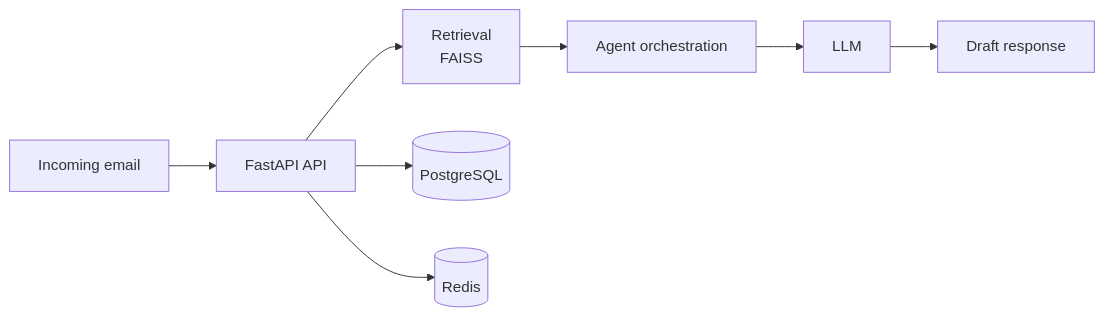
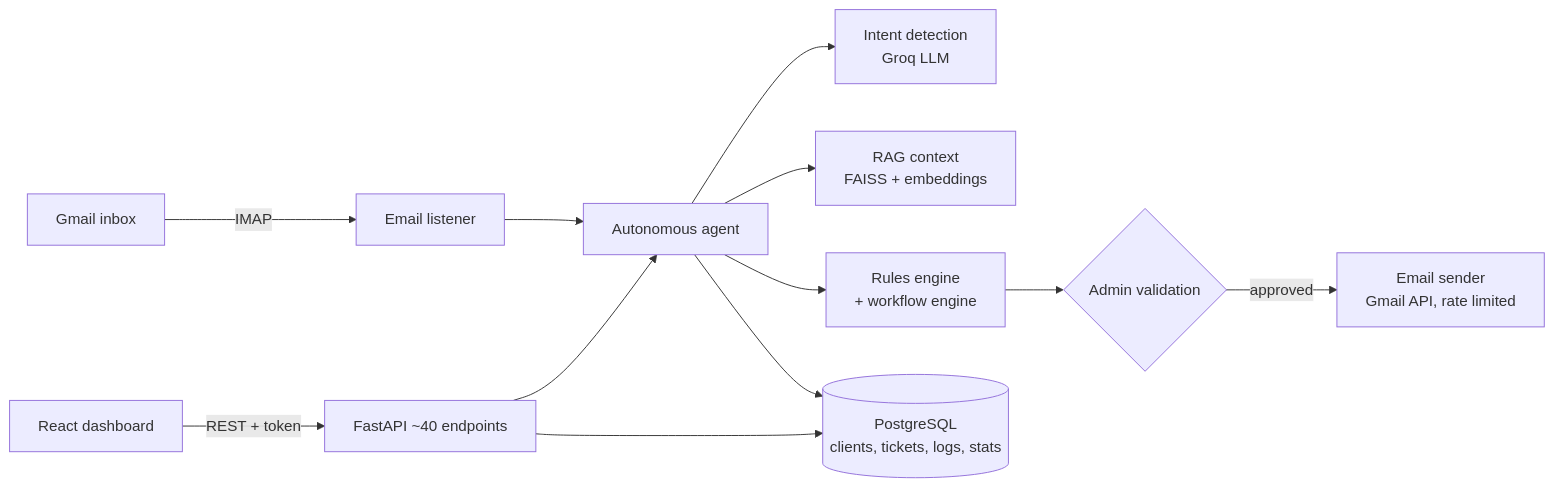
Before and after one commit to houdamardas1/ai-multi-agent-platform: the diagram in README.md, drawn with Mermaid. The commit also changed other lines of this file and 23 other files, not shown here.

````diff
--- a/README.md
+++ b/README.md
@@ -18,10 +36,14 @@
 ```mermaid
 flowchart LR
-    E[Incoming email] --> A[FastAPI API]
-    A --> R[Retrieval<br/>FAISS]
-    R --> O[Agent orchestration]
-    O --> L[LLM]
-    L --> D[Draft response]
-    A --> P[(PostgreSQL)]
-    A --> Q[(Redis)]
+    G[Gmail inbox] -->|IMAP| L[Email listener]
+    L --> A[Autonomous agent]
+    A --> I[Intent detection<br/>Groq LLM]
+    A --> R[RAG context<br/>FAISS + embeddings]
+    A --> RE[Rules engine<br/>+ workflow engine]
+    RE --> V{Admin validation}
+    V -->|approved| S[Email sender<br/>Gmail API, rate limited]
+    A --> P[(PostgreSQL<br/>clients, tickets, logs, stats)]
+    D[React dashboard] -->|REST + token| API[FastAPI ~40 endpoints]
+    API --> A
+    API --> P
 ```
````
